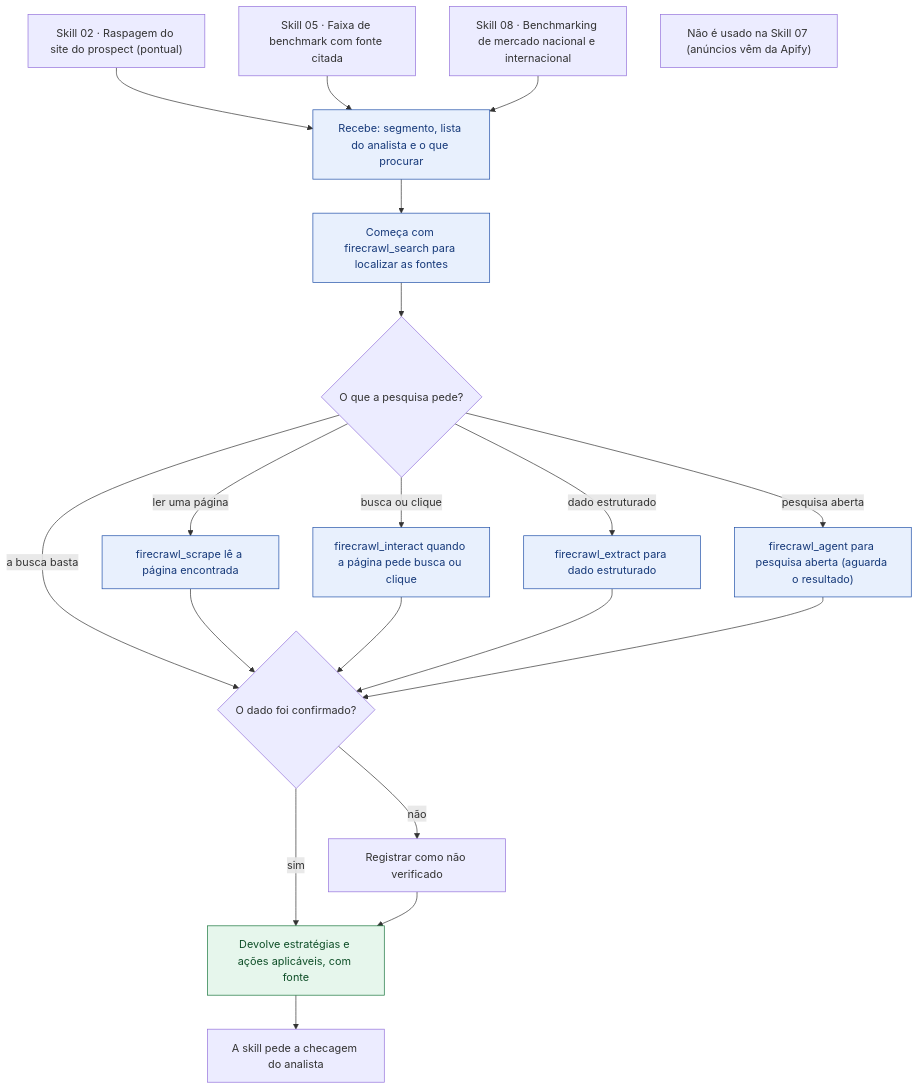
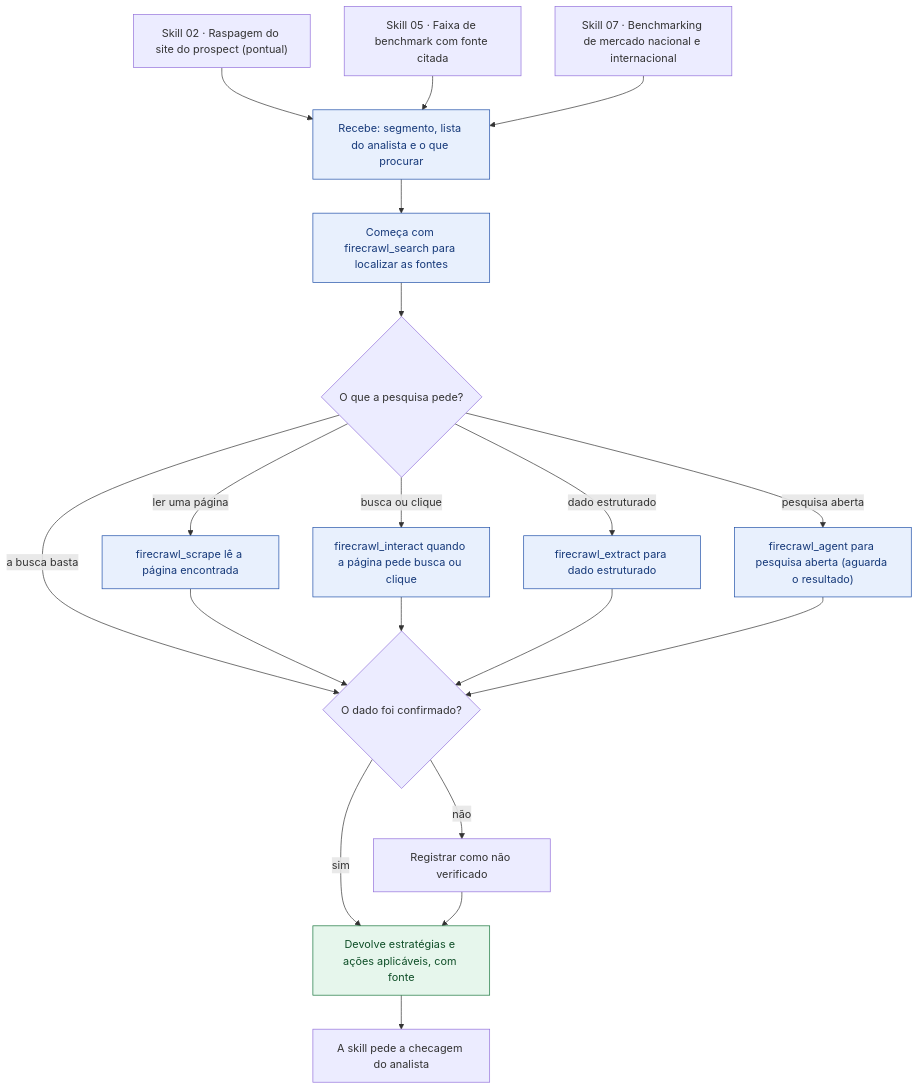
Before and after one commit to MatheusBoomer/growth-cycle-boomer: the diagram in .claude/agents/pesquisador-benchmark.fluxo.mmd, drawn with Mermaid. The commit also changed 39 other files, not shown here.

```diff
--- a/.claude/agents/pesquisador-benchmark.fluxo.mmd
+++ b/.claude/agents/pesquisador-benchmark.fluxo.mmd
@@ -1,41 +1,40 @@
 flowchart TD
   S02["Skill 02 · Raspagem do site do prospect (pontual)"]
   S05["Skill 05 · Faixa de benchmark com fonte citada"]
-  S08["Skill 08 · Benchmarking de mercado nacional e internacional"]
-  N07["Não é usado na Skill 07 (anúncios vêm da Apify)"]
+  S07["Skill 07 · Benchmarking de mercado nacional e internacional"]
   R1["Recebe: segmento, lista do analista e o que procurar"]
   P1["Começa com firecrawl_search para localizar as fontes"]
   D2{"O que a pesquisa pede?"}
   P2["firecrawl_scrape lê a página encontrada"]
   P3["firecrawl_interact quando a página pede busca ou clique"]
   P4["firecrawl_extract para dado estruturado"]
   P5["firecrawl_agent para pesquisa aberta (aguarda o resultado)"]
   D1{"O dado foi confirmado?"}
   P6["Registrar como não verificado"]
   E1["Devolve estratégias e ações aplicáveis, com fonte"]
   CK["A skill pede a checagem do analista"]
 
   S02 --> R1
   S05 --> R1
-  S08 --> R1
+  S07 --> R1
   R1 --> P1
   P1 --> D2
   D2 -->|"ler uma página"| P2
   D2 -->|"busca ou clique"| P3
   D2 -->|"dado estruturado"| P4
   D2 -->|"pesquisa aberta"| P5
   D2 -->|"a busca basta"| D1
   P2 --> D1
   P3 --> D1
   P4 --> D1
   P5 --> D1
   D1 -->|"sim"| E1
   D1 -->|"não"| P6
   P6 --> E1
   E1 --> CK
 
   class R1,P1,P2,P3,P4,P5 subagente
   class E1 entrega
   classDef checkpoint fill:#fff1e6,stroke:#e8803a,color:#7a3d0c
   classDef subagente fill:#e8f0fd,stroke:#1f4fa8,color:#173a7a
   classDef entrega fill:#e6f6ec,stroke:#16743b,color:#0f4f28
```
